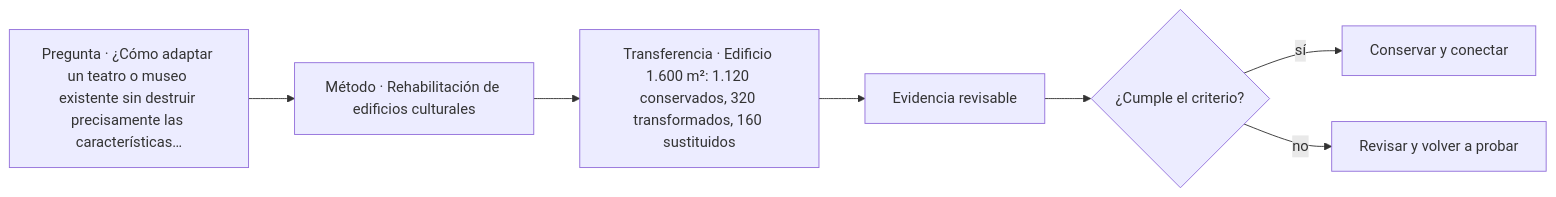
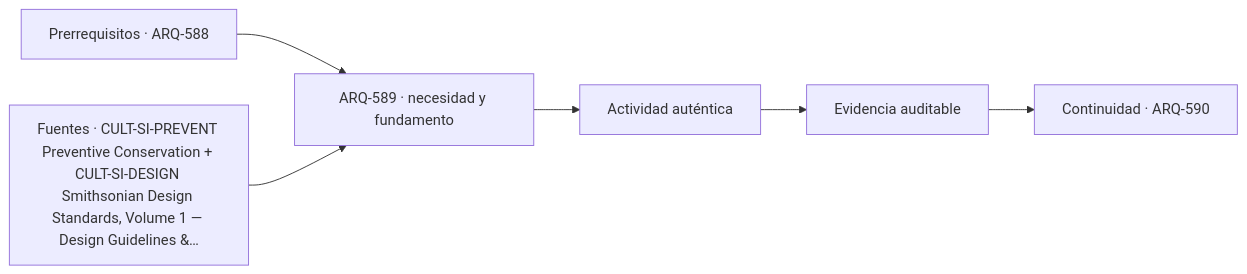
The diagram in classes/parte-59/ARQ-589.md (vladimiracunadev-create/architecture-built-environment-learning-program), drawn with Mermaid before and after one commit. The commit also changed other lines of this file and 761 other files, not shown here.

````diff
--- a/classes/parte-59/ARQ-589.md
+++ b/classes/parte-59/ARQ-589.md
@@ -93,9 +105,8 @@
 ```mermaid
 flowchart LR
-    Q["Pregunta · ¿Cómo adaptar un teatro o museo existente sin destruir precisamente las características…"] --> M["Método · Rehabilitación de edificios culturales"]
-    M --> P["Transferencia · Edificio 1.600 m²: 1.120 conservados, 320 transformados, 160 sustituidos"]
-    P --> E["Evidencia revisable"]
-    E --> C{"¿Cumple el criterio?"}
-    C -->|sí| T["Conservar y conectar"]
-    C -->|no| R["Revisar y volver a probar"]
+    A["Prerrequisitos · ARQ-588"] --> B["ARQ-589 · necesidad y fundamento"]
+    S["Fuentes · CULT-SI-PREVENT Preventive Conservation + CULT-SI-DESIGN Smithsonian Design Standards, Volume 1 — Design Guidelines &…"] --> B
+    B --> C["Actividad auténtica"]
+    C --> D["Evidencia auditable"]
+    D --> E["Continuidad · ARQ-590"]
 ```
````
